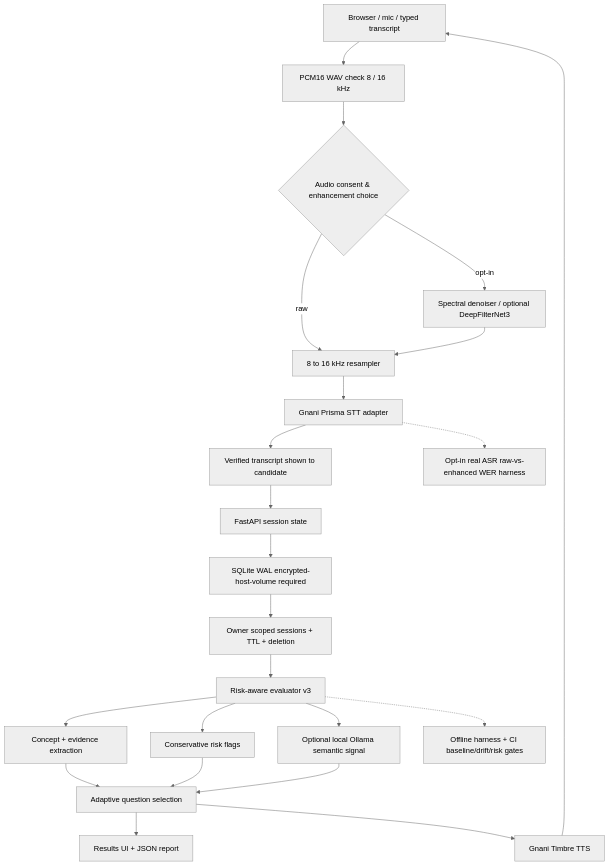
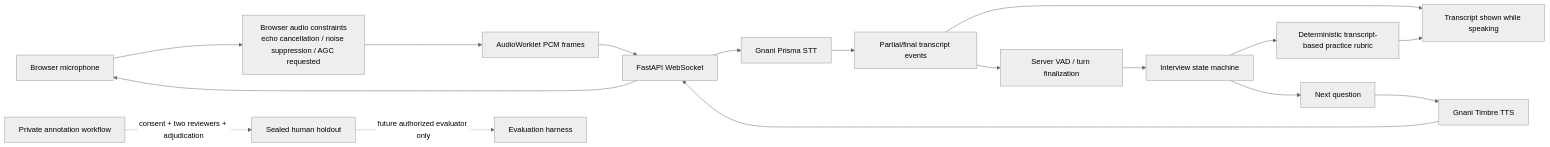
The diagram in docs/ARCHITECTURE.md (AnanthKumar1810/Interview-mirror-ai), drawn with Mermaid (neutral theme) before and after one commit. The commit also changed other lines of this file and 185 other files, not shown here.

Commit message:
Update InterviewMirror realtime voice evaluation project

````diff
--- a/docs/ARCHITECTURE.md
+++ b/docs/ARCHITECTURE.md
@@ -3,25 +5,19 @@
 ```mermaid
-flowchart TD
-    U[Browser / mic / typed transcript] --> A[PCM16 WAV check 8 / 16 kHz]
-    A --> B{Audio consent & enhancement choice}
-    B -->|raw| C[8 to 16 kHz resampler]
-    B -->|opt-in| D[Spectral denoiser / optional DeepFilterNet3]
-    D --> C
-    C --> E[Gnani Prisma STT adapter]
-    E --> F[Verified transcript shown to candidate]
-    F --> G[FastAPI session state]
-    G --> Q[SQLite WAL encrypted-host-volume required]
-    Q --> R[Owner scoped sessions + TTL + deletion]
-    R --> H[Risk-aware evaluator v3]
-    H --> I[Concept + evidence extraction]
-    H --> J[Conservative risk flags]
-    H --> K[Optional local Ollama semantic signal]
-    I --> L[Adaptive question selection]
-    J --> L
-    K --> L
-    L --> M[Results UI + JSON report]
-    L --> N[Gnani Timbre TTS]
-    N --> U
-    H -.-> O[Offline harness + CI baseline/drift/risk gates]
-    E -.-> P[Opt-in real ASR raw-vs-enhanced WER harness]
+flowchart LR
+    M[Browser microphone] --> B[Browser audio constraints<br/>echo cancellation / noise suppression / AGC requested]
+    B --> W[AudioWorklet PCM frames]
+    W --> WS[FastAPI WebSocket]
+    WS --> P[Gnani Prisma STT]
+    P --> T[Partial/final transcript events]
+    T --> UI[Transcript shown while speaking]
+    T --> V[Server VAD / turn finalization]
+    V --> S[Interview state machine]
+    S --> R[Deterministic transcript-based practice rubric]
+    S --> Q[Next question]
+    Q --> TT[Gnani Timbre TTS]
+    TT --> WS
+    WS --> M
+    R --> UI
+    G[Private annotation workflow] -. consent + two reviewers + adjudication .-> H[Sealed human holdout]
+    H -. future authorized evaluator only .-> E[Evaluation harness]
 ```
````
